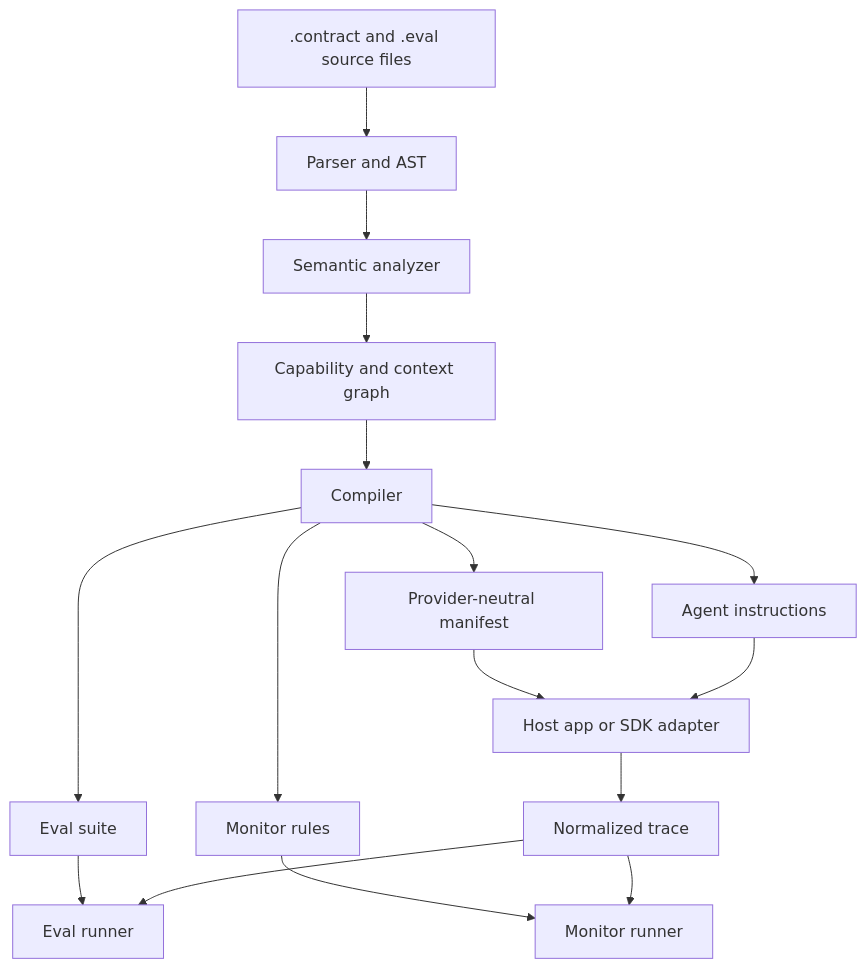
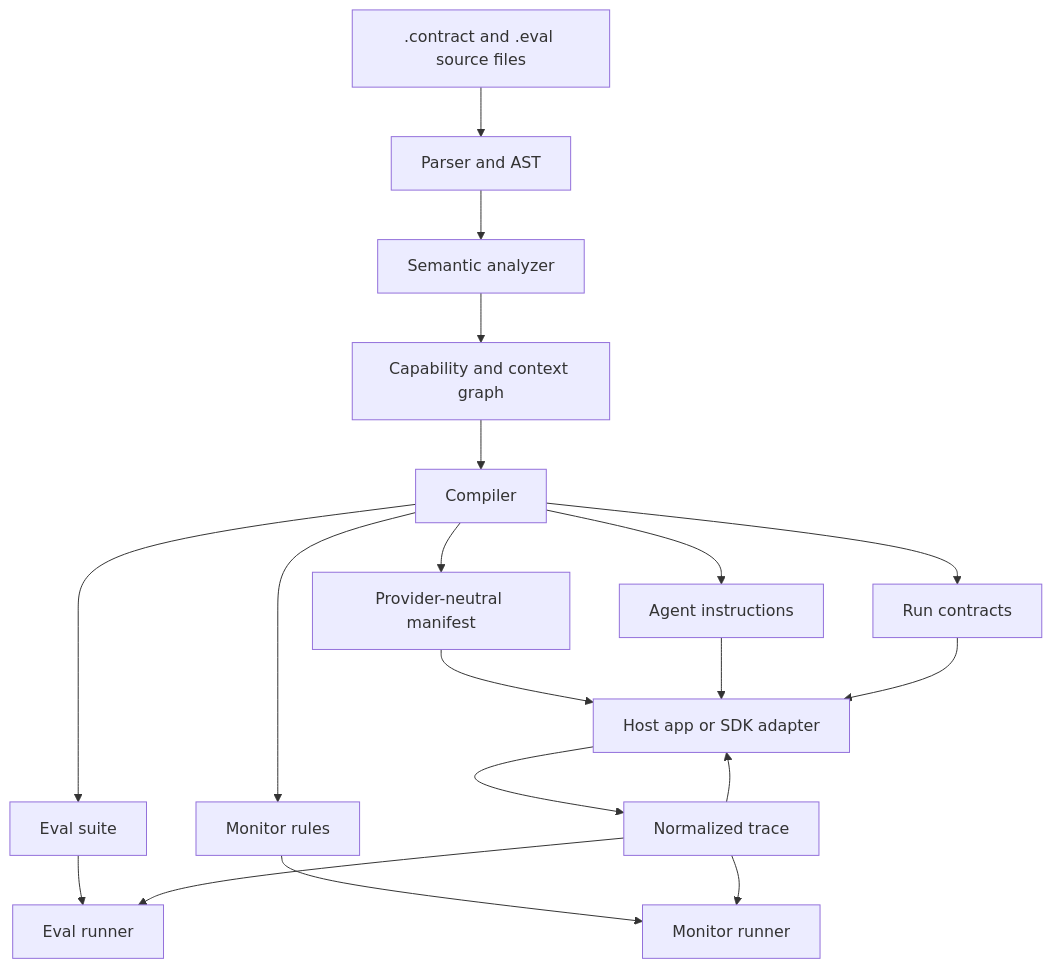
The diagram in docs/architecture/system-design.md (btfranklin/contract4agents), drawn with Mermaid before and after one commit. The commit also changed other lines of this file and 36 other files, not shown here.

Commit message:
Add run contract support

````diff
--- a/docs/architecture/system-design.md
+++ b/docs/architecture/system-design.md
@@ -7,18 +7,21 @@
 ```mermaid
 graph TD
     Source[".contract and .eval source files"] --> Parser["Parser and AST"]
     Parser --> Semantics["Semantic analyzer"]
     Semantics --> CapabilityGraph["Capability and context graph"]
     CapabilityGraph --> Compiler["Compiler"]
     Compiler --> Instructions["Agent instructions"]
     Compiler --> Manifest["Provider-neutral manifest"]
     Compiler --> EvalPack["Eval suite"]
     Compiler --> MonitorPack["Monitor rules"]
+    Compiler --> RunContractPack["Run contracts"]
     Manifest --> Host["Host app or SDK adapter"]
     Instructions --> Host
     Host --> Trace["Normalized trace"]
     EvalPack --> EvalRunner["Eval runner"]
     Trace --> EvalRunner
     MonitorPack --> MonitorRunner["Monitor runner"]
     Trace --> MonitorRunner
+    RunContractPack --> Host
+    Trace --> Host
 ```
````
